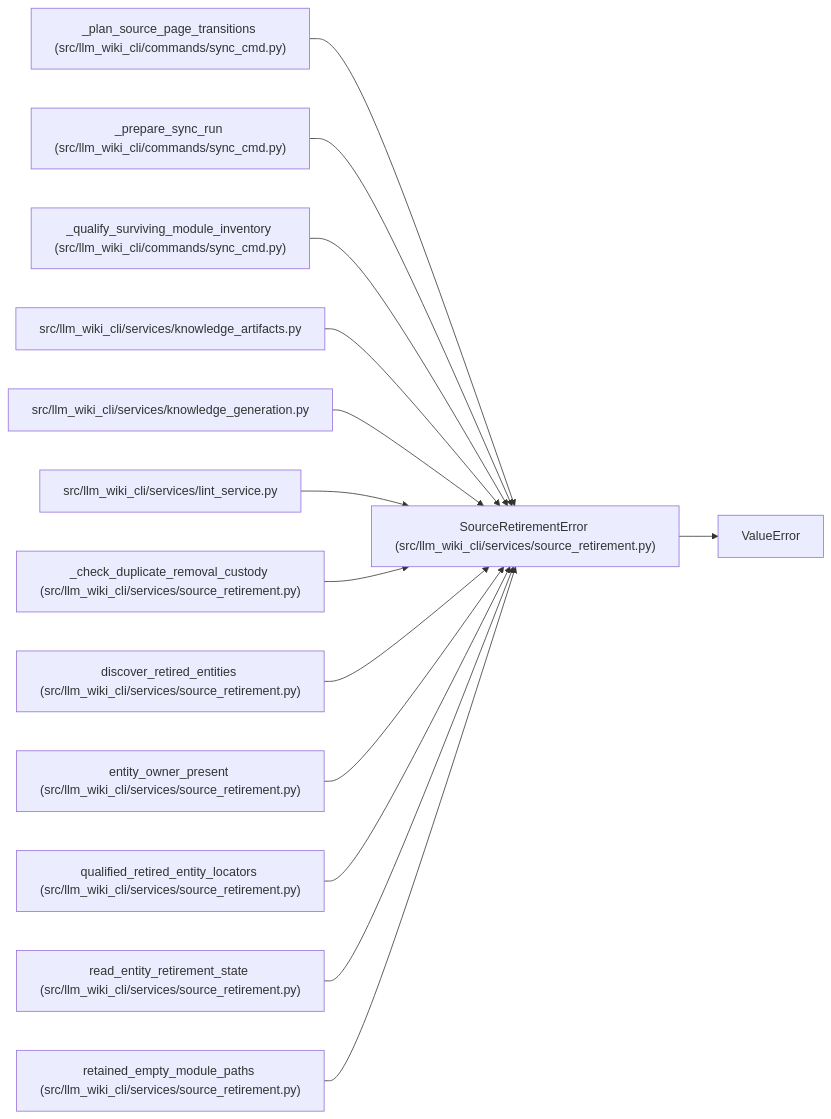
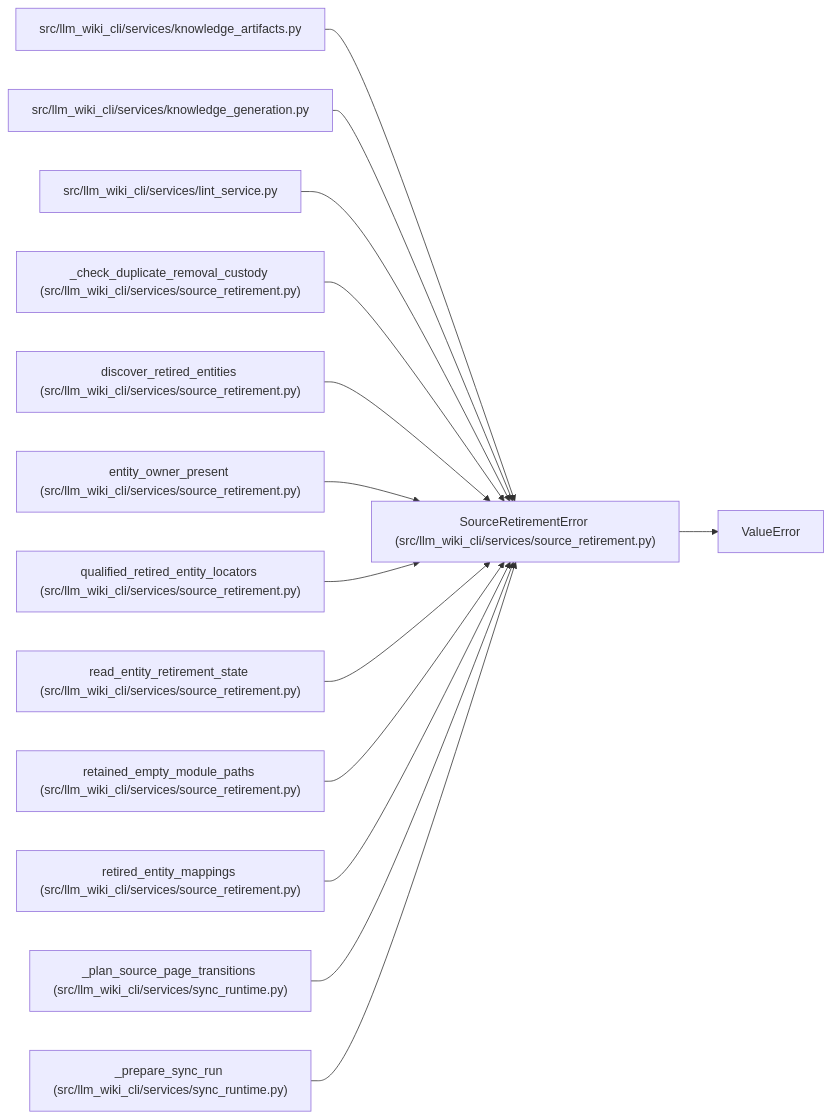
One commit to Denissvgn/python-wiki-llm changed the diagram in docs/llm_wiki/entities/SourceRetirementError.md. Above: the diagram before and after it, drawn with Mermaid. The commit also changed other lines of this file and 1555 other files, not shown here.

````diff
--- a/docs/llm_wiki/entities/SourceRetirementError.md
+++ b/docs/llm_wiki/entities/SourceRetirementError.md
@@ -23,43 +23,43 @@
 ```mermaid
 flowchart LR
     n0["SourceRetirementError (src/llm_wiki_cli/services/source_retirement.py)"]
     n1["ValueError"]
-    n2["_plan_source_page_transitions (src/llm_wiki_cli/commands/sync_cmd.py)"]
-    n3["_prepare_sync_run (src/llm_wiki_cli/commands/sync_cmd.py)"]
-    n4["_qualify_surviving_module_inventory (src/llm_wiki_cli/commands/sync_cmd.py)"]
-    n5["src/llm_wiki_cli/services/knowledge_artifacts.py"]
-    n6["src/llm_wiki_cli/services/knowledge_generation.py"]
-    n7["src/llm_wiki_cli/services/lint_service.py"]
-    n8["_check_duplicate_removal_custody (src/llm_wiki_cli/services/source_retirement.py)"]
-    n9["discover_retired_entities (src/llm_wiki_cli/services/source_retirement.py)"]
-    n10["entity_owner_present (src/llm_wiki_cli/services/source_retirement.py)"]
-    n11["qualified_retired_entity_locators (src/llm_wiki_cli/services/source_retirement.py)"]
-    n12["read_entity_retirement_state (src/llm_wiki_cli/services/source_retirement.py)"]
-    n13["retained_empty_module_paths (src/llm_wiki_cli/services/source_retirement.py)"]
+    n2["src/llm_wiki_cli/services/knowledge_artifacts.py"]
+    n3["src/llm_wiki_cli/services/knowledge_generation.py"]
+    n4["src/llm_wiki_cli/services/lint_service.py"]
+    n5["_check_duplicate_removal_custody (src/llm_wiki_cli/services/source_retirement.py)"]
+    n6["discover_retired_entities (src/llm_wiki_cli/services/source_retirement.py)"]
+    n7["entity_owner_present (src/llm_wiki_cli/services/source_retirement.py)"]
+    n8["qualified_retired_entity_locators (src/llm_wiki_cli/services/source_retirement.py)"]
+    n9["read_entity_retirement_state (src/llm_wiki_cli/services/source_retirement.py)"]
+    n10["retained_empty_module_paths (src/llm_wiki_cli/services/source_retirement.py)"]
+    n11["retired_entity_mappings (src/llm_wiki_cli/services/source_retirement.py)"]
+    n12["_plan_source_page_transitions (src/llm_wiki_cli/services/sync_runtime.py)"]
+    n13["_prepare_sync_run (src/llm_wiki_cli/services/sync_runtime.py)"]
     n0 --> n1
     n2 --> n0
     n3 --> n0
     n4 --> n0
     n5 --> n0
     n6 --> n0
     n7 --> n0
     n8 --> n0
     n9 --> n0
     n10 --> n0
     n11 --> n0
     n12 --> n0
     n13 --> n0
     click n0 "../modules/source_retirement.md"
-    click n2 "../modules/sync_cmd.md"
-    click n3 "../modules/sync_cmd.md"
-    click n4 "../modules/sync_cmd.md"
-    click n5 "../modules/knowledge_artifacts.md"
-    click n6 "../modules/knowledge_generation.md"
-    click n7 "../modules/lint_service.md"
+    click n2 "../modules/knowledge_artifacts.md"
+    click n3 "../modules/knowledge_generation.md"
+    click n4 "../modules/lint_service.md"
+    click n5 "../modules/source_retirement.md"
+    click n6 "../modules/source_retirement.md"
+    click n7 "../modules/source_retirement.md"
     click n8 "../modules/source_retirement.md"
     click n9 "../modules/source_retirement.md"
     click n10 "../modules/source_retirement.md"
     click n11 "../modules/source_retirement.md"
-    click n12 "../modules/source_retirement.md"
-    click n13 "../modules/source_retirement.md"
+    click n12 "../modules/sync_runtime.md"
+    click n13 "../modules/sync_runtime.md"
 ```
````
